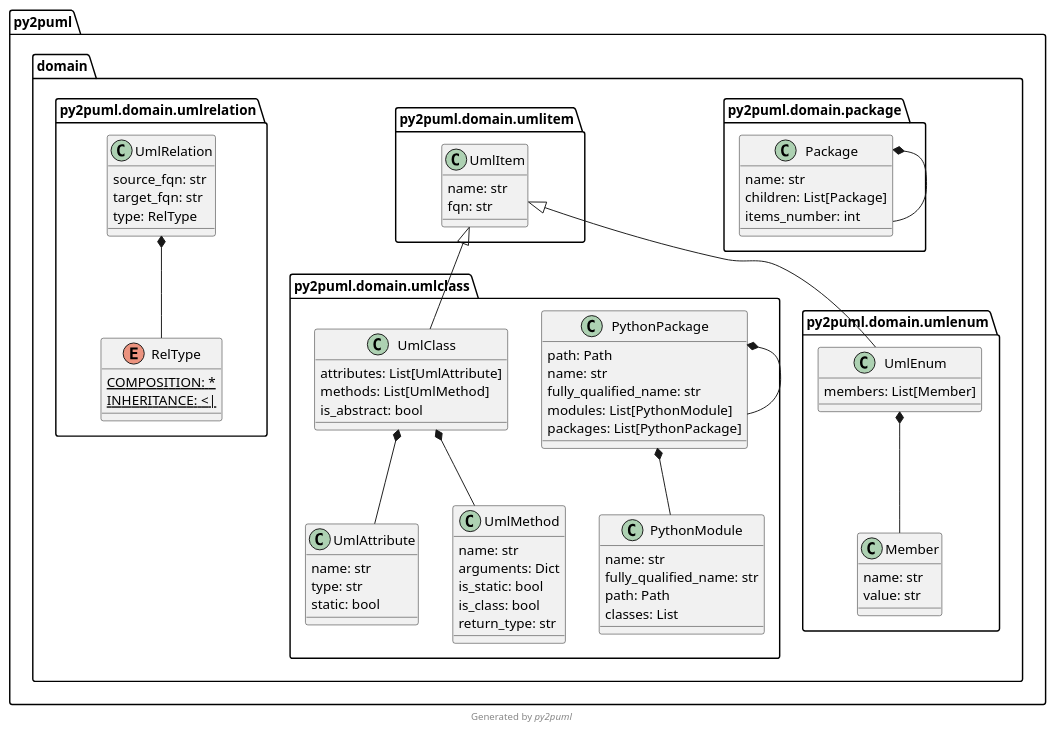
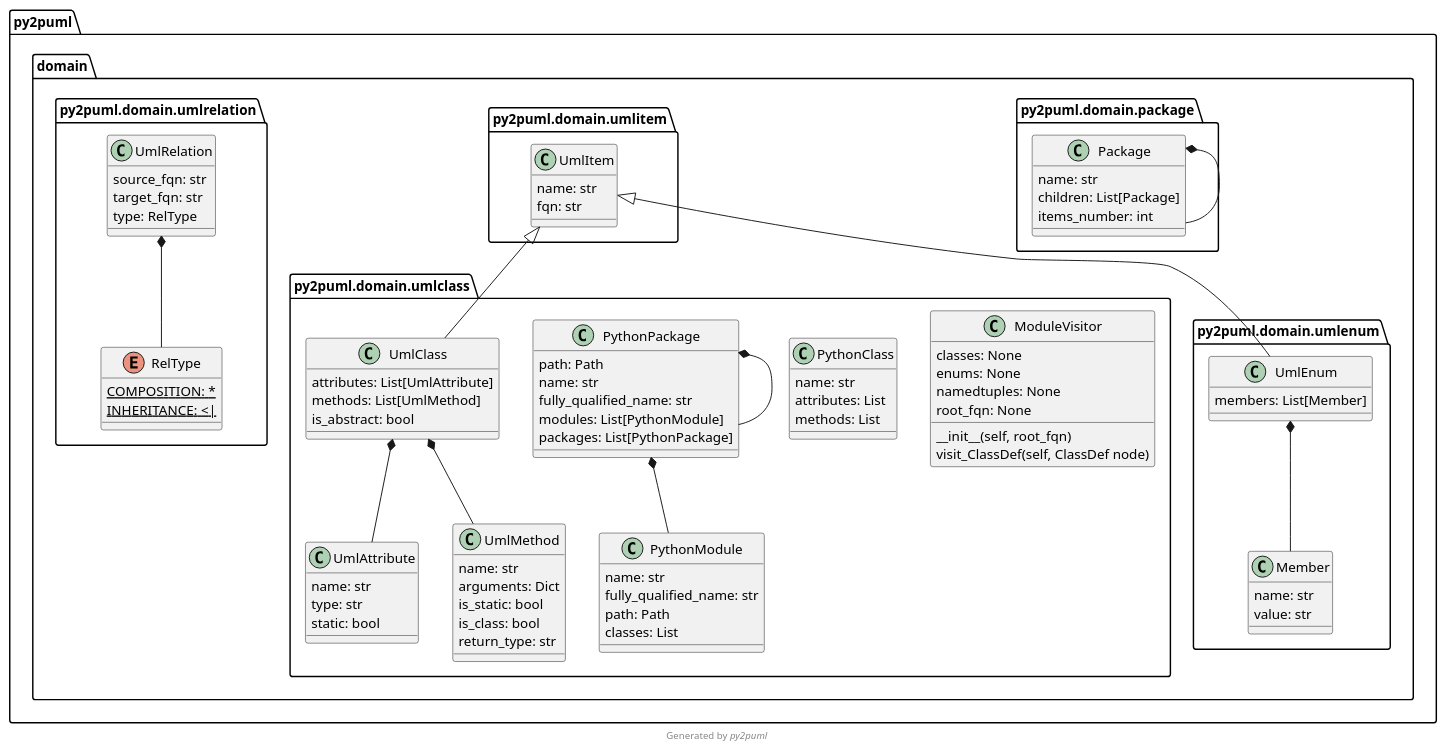
One commit to ptrajdos/py2puml changed the diagram in py2puml/py2puml.domain.puml. Above: the diagram before and after it, drawn with PlantUML. The commit also changed 7 other files, not shown here.

First line of the commit message:
Initialize module's classes with AST

```diff
--- a/py2puml/py2puml.domain.puml
+++ b/py2puml/py2puml.domain.puml
@@ -1,74 +1,87 @@
 @startuml py2puml.domain
 namespace py2puml.domain {
   namespace package {}
   namespace umlclass {}
   namespace umlitem {}
   namespace umlenum {}
   namespace umlrelation {}
 }
 class py2puml.domain.package.Package {
   name: str
   children: List[Package]
   items_number: int
+}
+class py2puml.domain.umlclass.ModuleVisitor {
+  classes: None
+  enums: None
+  namedtuples: None
+  root_fqn: None
+  __init__(self, root_fqn)
+  visit_ClassDef(self, ClassDef node)
+}
+class py2puml.domain.umlclass.PythonClass {
+  name: str
+  attributes: List
+  methods: List
 }
 class py2puml.domain.umlclass.PythonModule {
   name: str
   fully_qualified_name: str
   path: Path
   classes: List
 }
 class py2puml.domain.umlclass.PythonPackage {
   path: Path
   name: str
   fully_qualified_name: str
   modules: List[PythonModule]
   packages: List[PythonPackage]
 }
 class py2puml.domain.umlclass.UmlAttribute {
   name: str
   type: str
   static: bool
 }
 class py2puml.domain.umlclass.UmlClass {
   attributes: List[UmlAttribute]
   methods: List[UmlMethod]
   is_abstract: bool
 }
 class py2puml.domain.umlitem.UmlItem {
   name: str
   fqn: str
 }
 class py2puml.domain.umlclass.UmlMethod {
   name: str
   arguments: Dict
   is_static: bool
   is_class: bool
   return_type: str
 }
 class py2puml.domain.umlenum.Member {
   name: str
   value: str
 }
 class py2puml.domain.umlenum.UmlEnum {
   members: List[Member]
 }
 enum py2puml.domain.umlrelation.RelType {
   COMPOSITION: * {static}
   INHERITANCE: <| {static}
 }
 class py2puml.domain.umlrelation.UmlRelation {
   source_fqn: str
   target_fqn: str
   type: RelType
 }
 py2puml.domain.package.Package *-- py2puml.domain.package.Package
 py2puml.domain.umlclass.PythonPackage *-- py2puml.domain.umlclass.PythonModule
 py2puml.domain.umlclass.PythonPackage *-- py2puml.domain.umlclass.PythonPackage
 py2puml.domain.umlclass.UmlClass *-- py2puml.domain.umlclass.UmlAttribute
 py2puml.domain.umlclass.UmlClass *-- py2puml.domain.umlclass.UmlMethod
 py2puml.domain.umlitem.UmlItem <|-- py2puml.domain.umlclass.UmlClass
 py2puml.domain.umlenum.UmlEnum *-- py2puml.domain.umlenum.Member
 py2puml.domain.umlitem.UmlItem <|-- py2puml.domain.umlenum.UmlEnum
 py2puml.domain.umlrelation.UmlRelation *-- py2puml.domain.umlrelation.RelType
 footer Generated by //py2puml//
 @enduml
```
